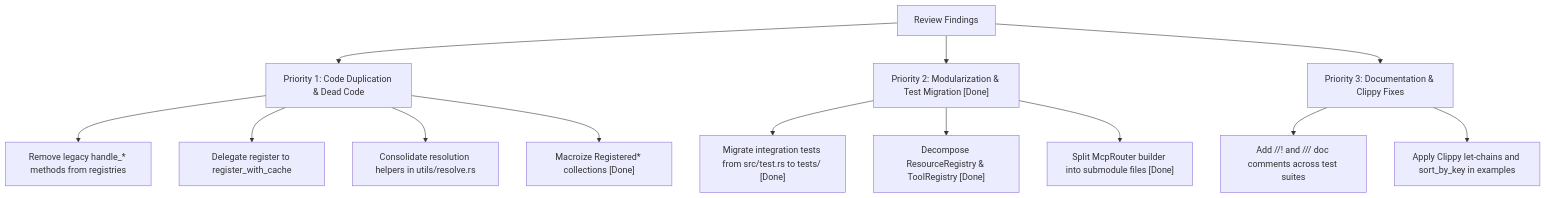
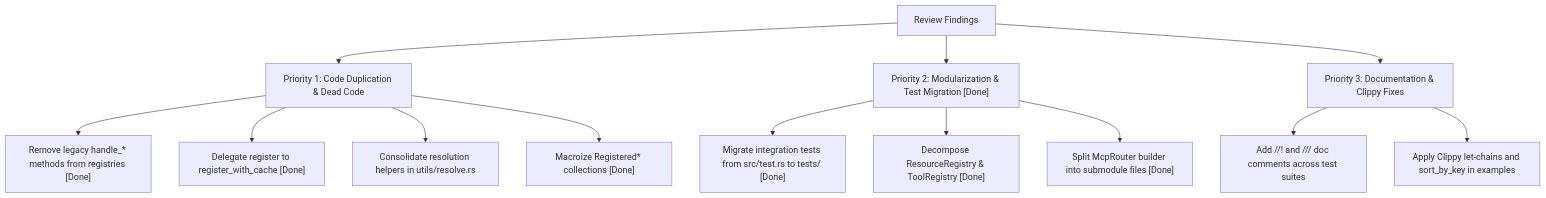
The diagram in docs/MODULARIZATION_AND_CODE_QUALITY_REVIEW.md (andreban/mcp-routing), drawn with Mermaid before and after one commit. The commit also changed other lines of this file and 3 other files, not shown here.

Commit message:
refactor: delegate registry register methods to register_with_cache

````diff
--- a/docs/MODULARIZATION_AND_CODE_QUALITY_REVIEW.md
+++ b/docs/MODULARIZATION_AND_CODE_QUALITY_REVIEW.md
@@ -117,18 +117,18 @@
 ```mermaid
 graph TD
     A["Review Findings"] --> B["Priority 1: Code Duplication & Dead Code"]
     A --> C["Priority 2: Modularization & Test Migration [Done]"]
     A --> D["Priority 3: Documentation & Clippy Fixes"]
     
-    B --> B1["Remove legacy handle_* methods from registries"]
-    B --> B2["Delegate register to register_with_cache"]
+    B --> B1["Remove legacy handle_* methods from registries [Done]"]
+    B --> B2["Delegate register to register_with_cache [Done]"]
     B --> B3["Consolidate resolution helpers in utils/resolve.rs"]
     B --> B4["Macroize Registered* collections [Done]"]
     
     C --> C1["Migrate integration tests from src/test.rs to tests/ [Done]"]
     C --> C2["Decompose ResourceRegistry & ToolRegistry [Done]"]
     C --> C3["Split McpRouter builder into submodule files [Done]"]
     
     D --> D1["Add //! and /// doc comments across test suites"]
     D --> D2["Apply Clippy let-chains and sort_by_key in examples"]
 ```
````
